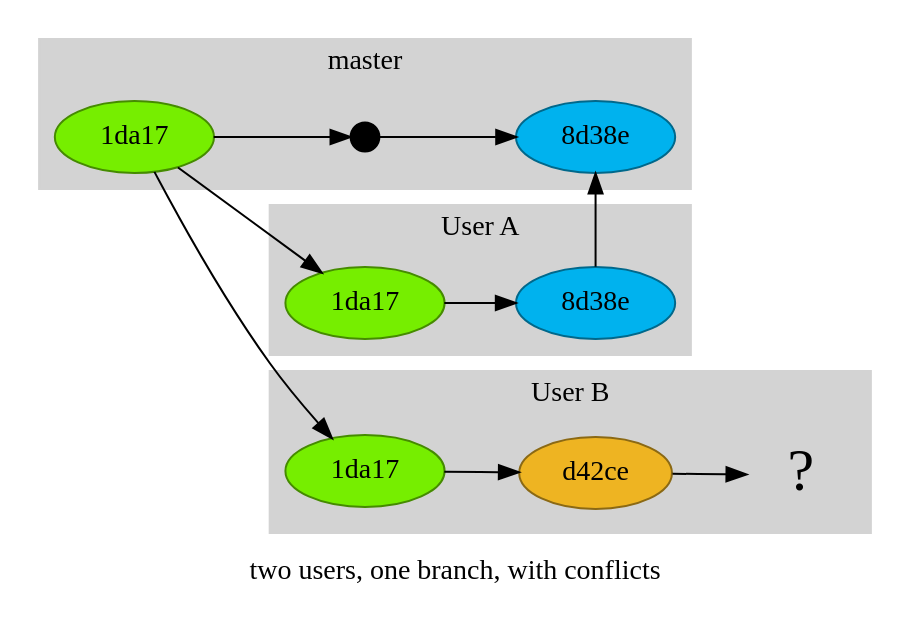
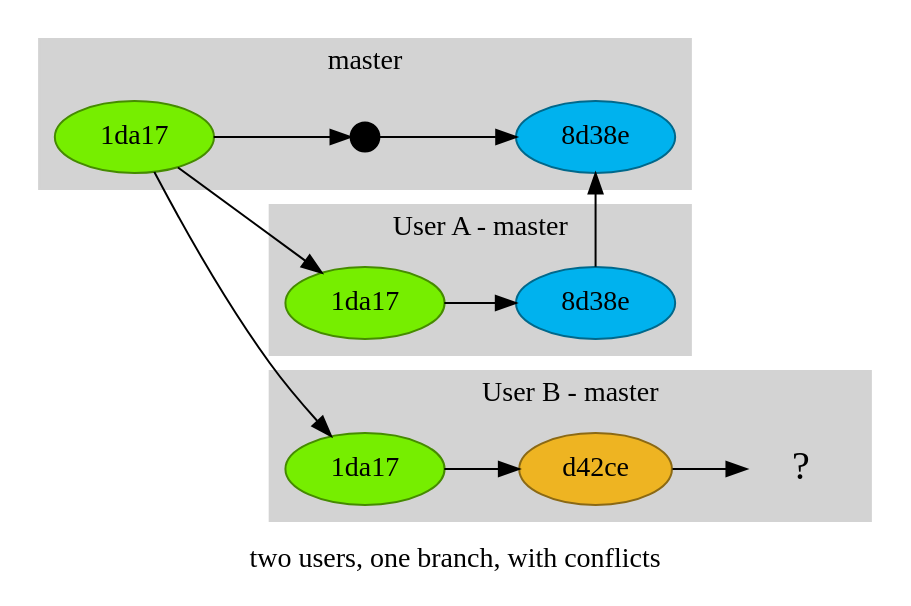
The diagram in graphs/incorrect-with-conflict1.dot (13rac1/talk-git2), drawn with Graphviz before and after one commit. The commit also changed 2 other files, not shown here.

```diff
--- a/graphs/incorrect-with-conflict1.dot
+++ b/graphs/incorrect-with-conflict1.dot
@@ -1,36 +1,36 @@
 digraph git {
 	rankdir=LR
 	label="two users, one branch, with conflicts"
 	node [style=filled]
 
 	subgraph cluster_master {
 		label = "master"
 		style=filled
 		color=lightgrey
 
 		m0 -> m1 -> m2
 		m0 [label="1da17", color=chartreuse4, fillcolor=chartreuse2]
 		m1 [shape=point, height=.2, width=.2]
 		m2 [label="8d38e", color=deepskyblue4, fillcolor=deepskyblue2]
 	}
 	subgraph cluster_0 {
-		label="User A"
+		label="User A - master"
 		style=filled
 		color=lightgrey
 
 		a0 [label="1da17", color=chartreuse4, fillcolor=chartreuse2]
 		a1 [label="8d38e", color=deepskyblue4, fillcolor=deepskyblue2]
 		m0 -> a0 -> a1 -> m2
 
 	}
 	subgraph cluster_1 {
-		label="User B"
+		label="User B - master"
 		style=filled
 		color=lightgrey
 		b0 [label="1da17", color=chartreuse4, fillcolor=chartreuse2]
 		b1 [label="d42ce", color=goldenrod4, fillcolor=goldenrod2]
-		b2 [label="?", shape=none, fontsize=30]
+		b2 [label="?", shape=none, fontsize=20]
 
 		m0 -> b0 -> b1 -> b2
 	}
 }
```
